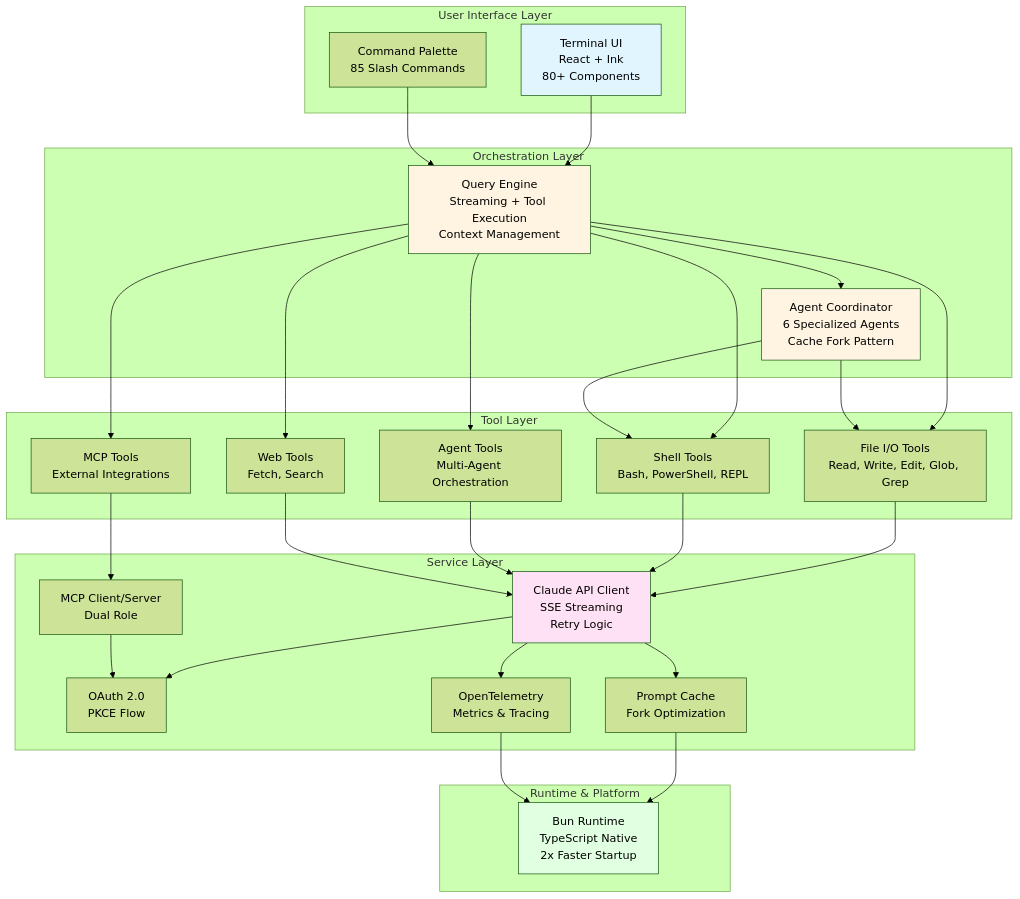
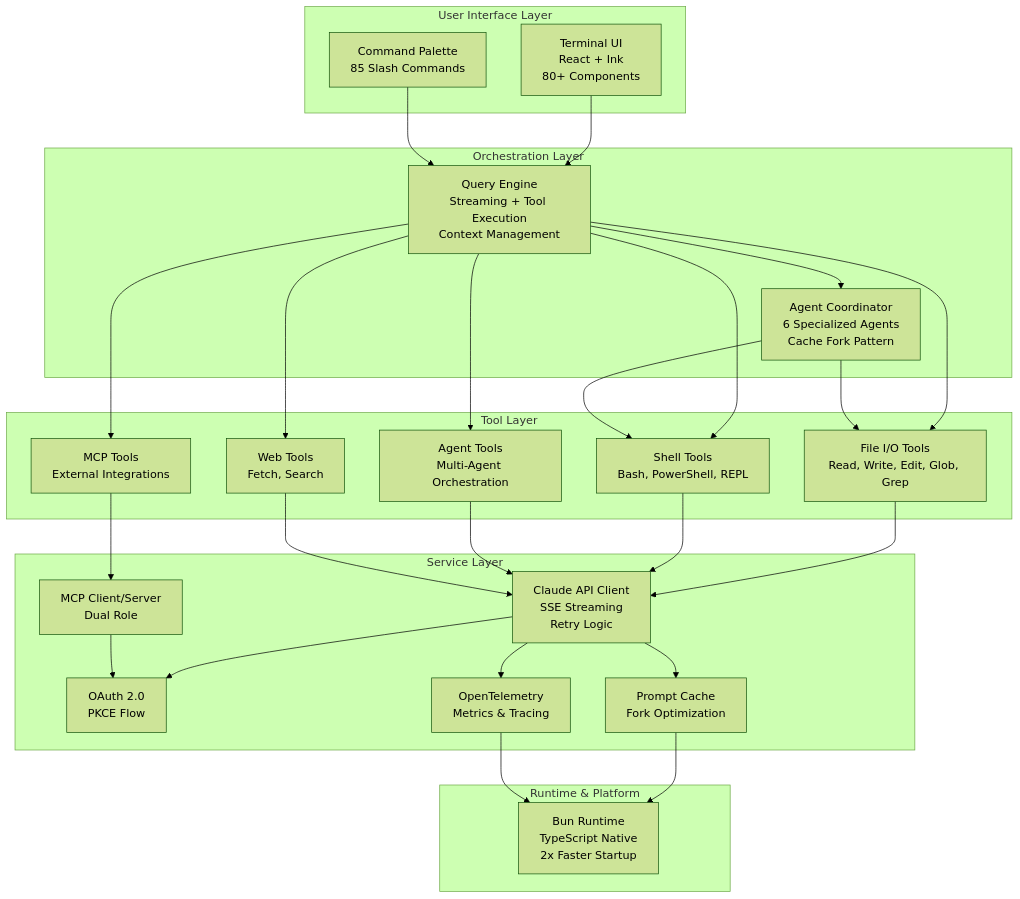
One commit to minhlucvan/claude-code-wiki changed the diagram in README.md. Above: the diagram before and after it, drawn with Mermaid (forest theme). The commit also changed other lines of this file and 1 other file, not shown here.

Commit message:
Remove diagram colors and add full sections to Vietnamese README
Changes:

1. README.md
   - Removed color styling from architecture diagram (cleaner, works everywhere)
   - Maintains same structural information without visual colors

2. README.vi.md - Complete parity with English version
   - Added High-Level Architecture diagram (Vietnamese labels)
   - Added Source Code Repository section (Vietnamese)
     * NPM package reference
     * Official links
     * Verification commands
   - Added Credibility & Verification section (Vietnamese)
     * How wiki was built
     * Validation checklist
     * Why trust this analysis
   - Added Legal & Ethical Considerations (Vietnamese)
     * Copyright & ownership
     * Fair use justification
     * Ethical guidelines
     * Responsible disclosure
     * Disclaimer
     * Citation format
   - Added Acknowledgments section (Vietnamese)

Result: Both English and Vietnamese READMEs now have:
- Architecture diagram without colors (better compatibility)
- Full credibility and verification information
- Complete legal considerations
- Professional acknowledgments

````diff
--- a/README.md
+++ b/README.md
@@ -27,60 +27,54 @@
 ```mermaid
 graph TB
     subgraph "User Interface Layer"
         Terminal[Terminal UI<br/>React + Ink<br/>80+ Components]
         Palette[Command Palette<br/>85 Slash Commands]
     end
 
     subgraph "Orchestration Layer"
         QueryEngine[Query Engine<br/>Streaming + Tool Execution<br/>Context Management]
         AgentCoord[Agent Coordinator<br/>6 Specialized Agents<br/>Cache Fork Pattern]
     end
 
     subgraph "Tool Layer"
         FileTools[File I/O Tools<br/>Read, Write, Edit, Glob, Grep]
         ShellTools[Shell Tools<br/>Bash, PowerShell, REPL]
         AgentTools[Agent Tools<br/>Multi-Agent Orchestration]
         WebTools[Web Tools<br/>Fetch, Search]
         MCPTools[MCP Tools<br/>External Integrations]
     end
 
     subgraph "Service Layer"
         API[Claude API Client<br/>SSE Streaming<br/>Retry Logic]
         MCP[MCP Client/Server<br/>Dual Role]
         Auth[OAuth 2.0<br/>PKCE Flow]
         Cache[Prompt Cache<br/>Fork Optimization]
         Telemetry[OpenTelemetry<br/>Metrics & Tracing]
     end
 
     subgraph "Runtime & Platform"
         Bun[Bun Runtime<br/>TypeScript Native<br/>2x Faster Startup]
     end
 
     Terminal --> QueryEngine
     Palette --> QueryEngine
     QueryEngine --> AgentCoord
     QueryEngine --> FileTools
     QueryEngine --> ShellTools
     QueryEngine --> AgentTools
     QueryEngine --> WebTools
     QueryEngine --> MCPTools
     AgentCoord --> FileTools
     AgentCoord --> ShellTools
     FileTools --> API
     ShellTools --> API
     AgentTools --> API
     WebTools --> API
     MCPTools --> MCP
     API --> Cache
     API --> Auth
     API --> Telemetry
     MCP --> Auth
     Cache --> Bun
     Telemetry --> Bun
-
-    style Terminal fill:#e1f5ff
-    style QueryEngine fill:#fff4e1
-    style AgentCoord fill:#fff4e1
-    style API fill:#ffe1f5
-    style Bun fill:#e1ffe1
 ```
````
